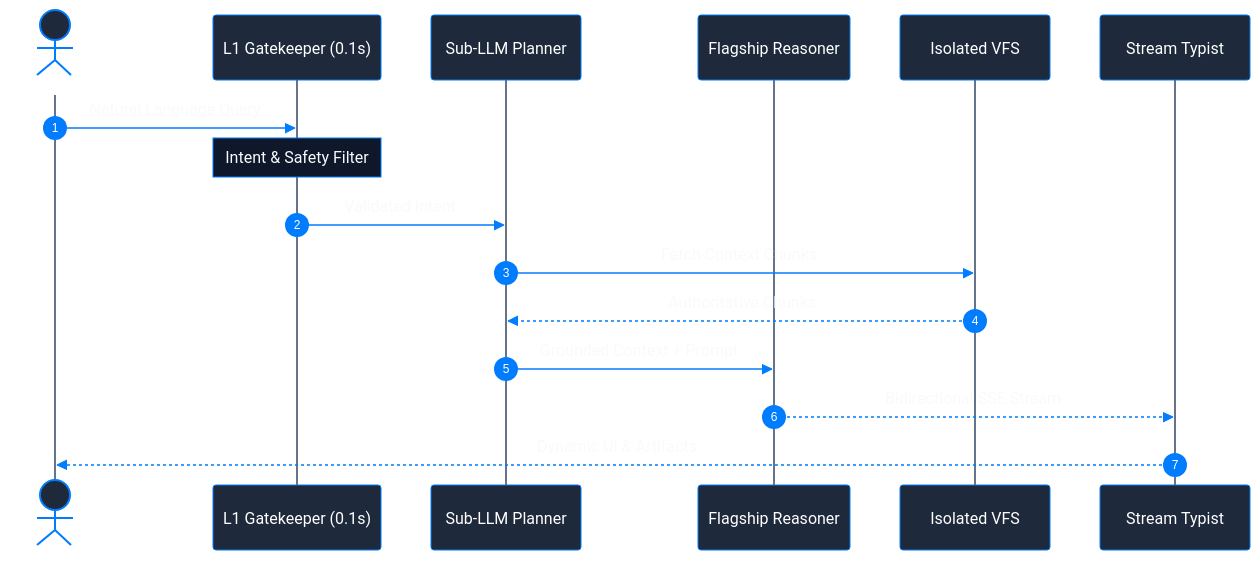
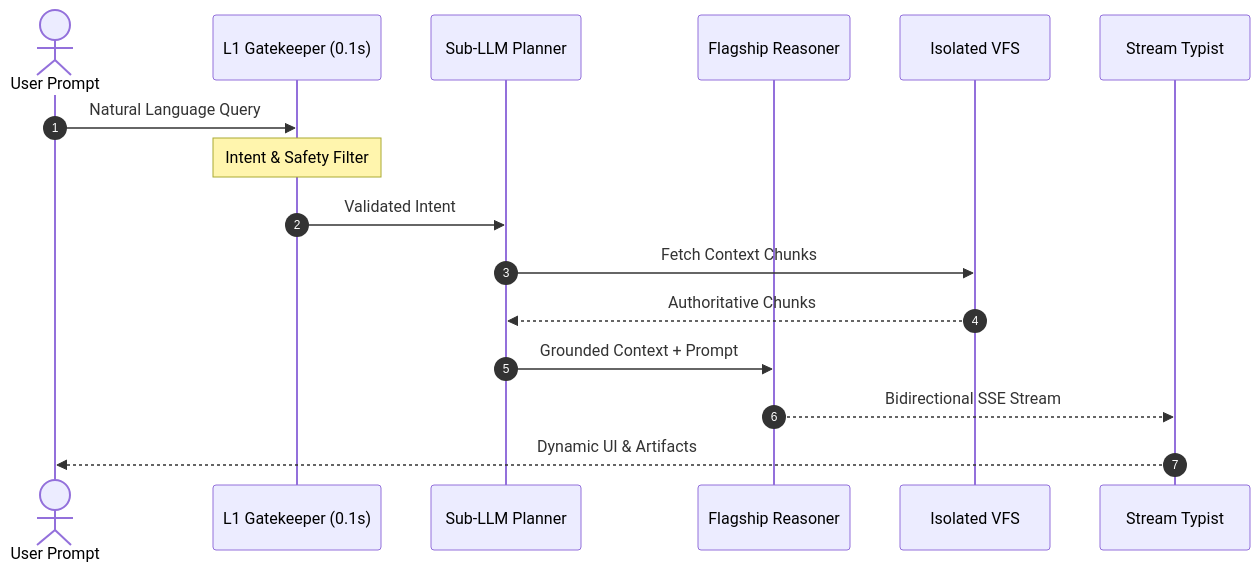
One commit to Connex-Brothers-Consulting-Group/cbcg-hs-connex-docs changed the diagram in features/agent.mdx. Above: the diagram before and after it, drawn with Mermaid. The commit also changed other lines of this file and 24 other files, not shown here.

Commit message:
fix(docs): restore Lucide card icons, enforce transparent Mermaid line-art, add Cryptographic Kill Switch, and refine quiet luxury banner

````diff
--- a/features/agent.mdx
+++ b/features/agent.mdx
@@ -30,37 +30,19 @@
 ```mermaid
-%%{init: {
-  'theme': 'base',
-  'themeVariables': {
-    'actorBkg': '#1E293B',
-    'actorBorder': '#007CFF',
-    'actorTextColor': '#FFFFFF',
-    'actorLineColor': '#64748B',
-    'signalColor': '#007CFF',
-    'signalTextColor': '#F8FAFC',
-    'labelBoxBkgColor': '#1E293B',
-    'labelBoxBorderColor': '#007CFF',
-    'labelTextColor': '#FFFFFF',
-    'noteBkgColor': '#0F172A',
-    'noteBorderColor': '#007CFF',
-    'noteTextColor': '#F8FAFC',
-    'sequenceNumberColor': '#FFFFFF'
-  }
-}}%%
 sequenceDiagram
     autonumber
     actor User as User Prompt
     participant L1 as L1 Gatekeeper (0.1s)
     participant Planner as Sub-LLM Planner
     participant Engine as Flagship Reasoner
     participant VFS as Isolated VFS
     participant Output as Stream Typist
 
     User->>L1: Natural Language Query
     Note over L1: Intent & Safety Filter
     L1->>Planner: Validated Intent
     Planner->>VFS: Fetch Context Chunks
     VFS-->>Planner: Authoritative Chunks
     Planner->>Engine: Grounded Context + Prompt
     Engine-->>Output: Bidirectional SSE Stream
     Output-->>User: Dynamic UI & Artifacts
 ```
````
